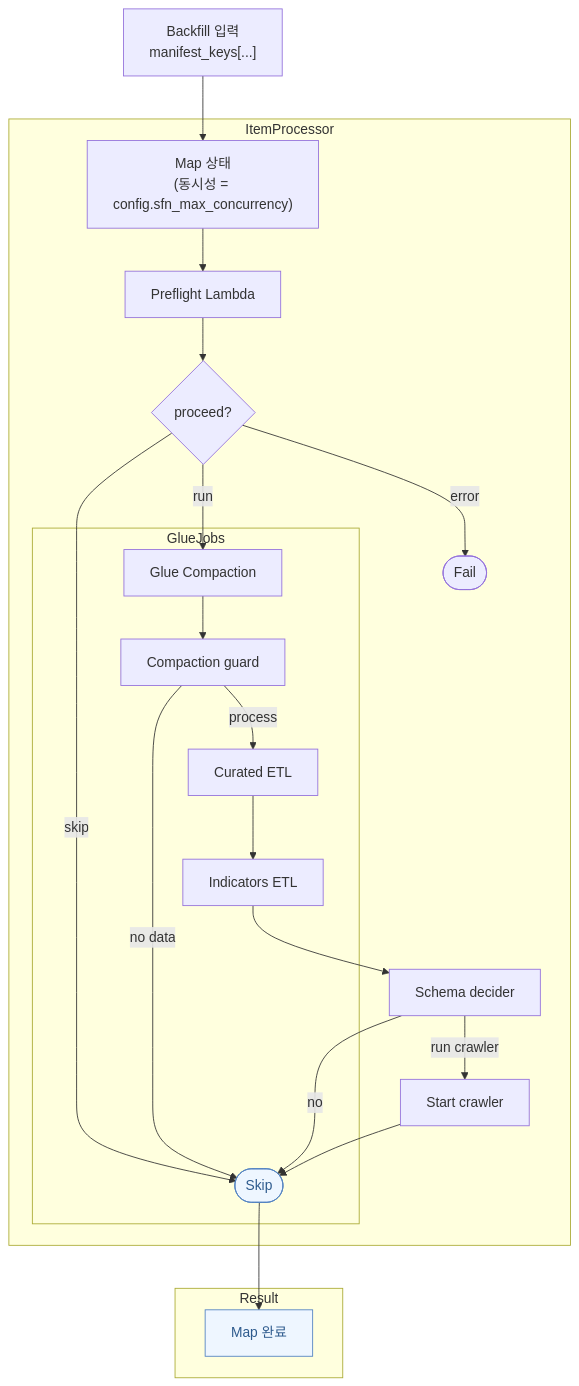
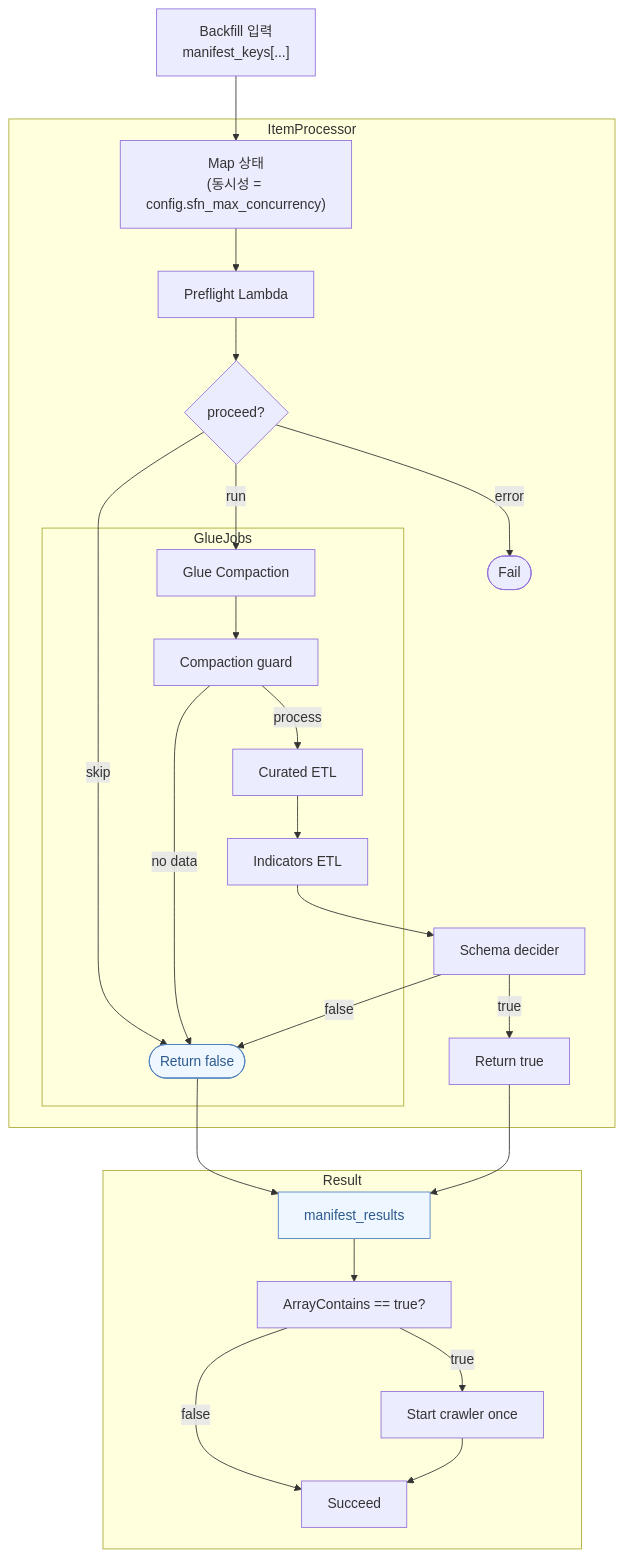
One commit to keemgdeok/fin-forge-pipeline changed the diagram in docs/diagrams/transform/05-backfill-map.md. Above: the diagram before and after it, drawn with Mermaid. The commit also changed 11 other files, not shown here.

Commit message:
docs:  refresh transform workflow diagrams

````diff
--- a/docs/diagrams/transform/05-backfill-map.md
+++ b/docs/diagrams/transform/05-backfill-map.md
@@ -1,29 +1,33 @@
 ```mermaid
 flowchart TD
   A["Backfill 입력<br/>manifest_keys[...]"] --> M["Map 상태<br/>(동시성 = config.sfn_max_concurrency)"]
 
   subgraph ItemProcessor
     M --> P["Preflight Lambda"]
     P --> D{proceed?}
-    D -->|skip| SKIP(["Skip"])
+    D -->|skip| SKIP(["Return false"])
     D -->|error| FAIL(["Fail"])
     D -->|run| COMP["Glue Compaction"]
     subgraph GlueJobs
       COMP --> GUARD["Compaction guard"]
       GUARD -->|no data| SKIP
       GUARD -->|process| ETL["Curated ETL"]
       ETL --> IND["Indicators ETL"]
     end
     IND --> DECIDE["Schema decider"]
-    DECIDE -->|run crawler| CRAWLER["Start crawler"]
-    DECIDE -->|no| SKIP
-    CRAWLER --> SKIP
+    DECIDE -->|true| TRUE["Return true"]
+    DECIDE -->|false| SKIP
   end
 
   subgraph Result
-    SKIP --> Z["Map 완료"]
+    SKIP --> Z["manifest_results"]
+    TRUE --> Z
+    Z --> AGG["ArrayContains == true?"]
+    AGG -->|true| CRAWLER["Start crawler once"]
+    AGG -->|false| DONE["Succeed"]
+    CRAWLER --> DONE
   end
 
   classDef skip fill:#eef6ff,stroke:#5080c1,color:#2d5a8d;
   class SKIP,Z skip;
 ```
````
